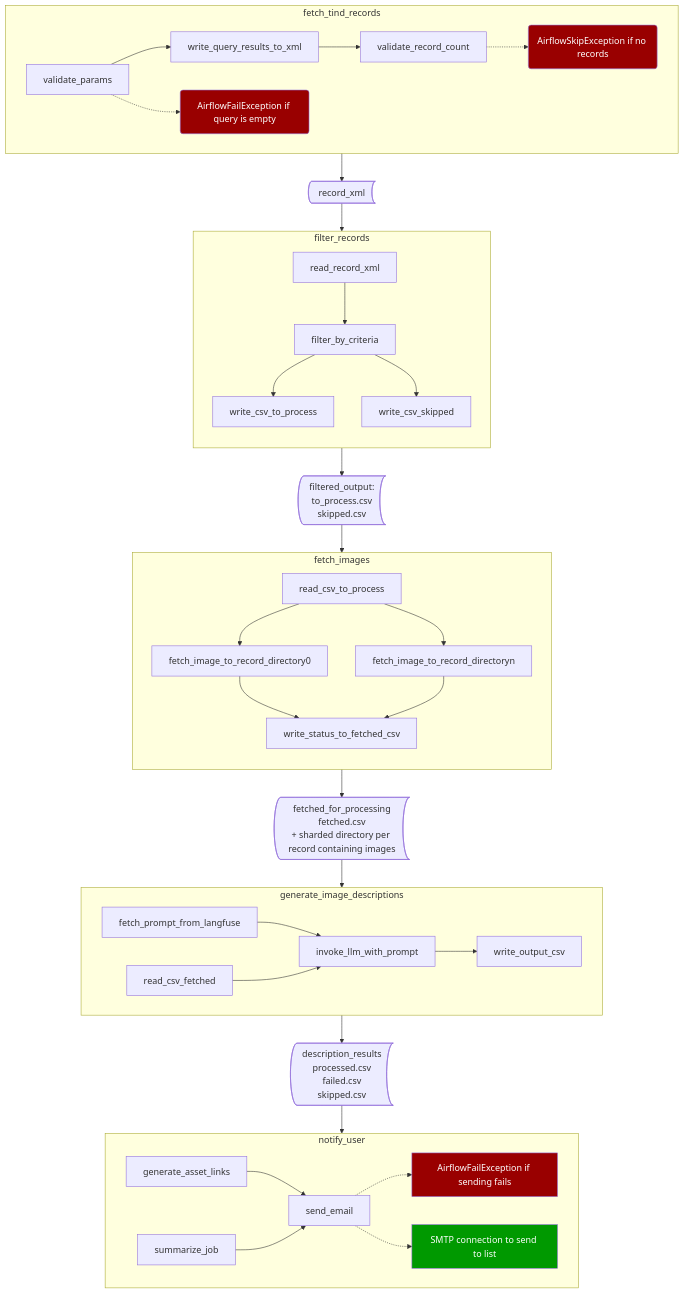
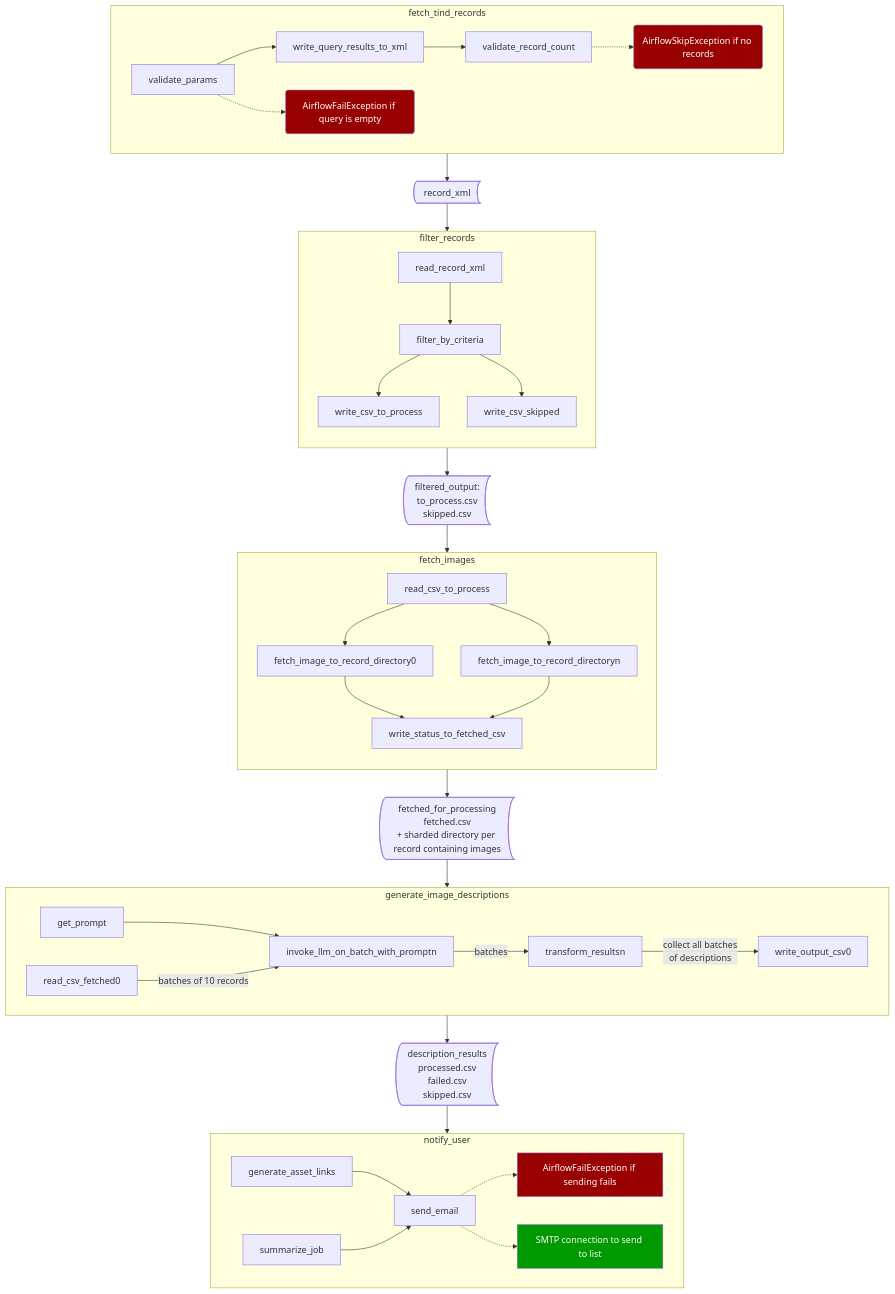
The diagram in dags/batch_image_description.md (BerkeleyLibrary/mokelumne), drawn with Mermaid before and after one commit. The commit also changed 6 other files, not shown here.

````diff
--- a/dags/batch_image_description.md
+++ b/dags/batch_image_description.md
@@ -3,39 +3,40 @@
 ```mermaid
 flowchart TB
 
     subgraph fetch_tind_records
         direction LR
         validate_params-->write_query_results_to_xml-->validate_record_count
         
         validate_params-.->stop0("AirflowFailException if query is empty")
         validate_record_count-.->stop1("AirflowSkipException if no records")
     end
 
 
     subgraph filter_records
         direction TB
         read_record_xml --> filter_by_criteria --> write_csv_to_process & write_csv_skipped
     end
 
 
     subgraph fetch_images
         direction TB
         read_csv_to_process --> fetch_image_to_record_directory0 & fetch_image_to_record_directoryn --> write_status_to_fetched_csv
     end 
 
     subgraph generate_image_descriptions
-        fetch_prompt_from_langfuse & read_csv_fetched --> invoke_llm_with_prompt --> write_output_csv
+        get_prompt --> invoke_llm_on_batch_with_promptn
+        read_csv_fetched0 -->|batches of 10 records| invoke_llm_on_batch_with_promptn -->|batches| transform_resultsn-->|collect all batches\n of descriptions| write_output_csv0
     end
 
     subgraph notify_user
         generate_asset_links & summarize_job --> send_email -.-> stop2["AirflowFailException if sending fails"] & success0["SMTP connection to send to list"]
     end
 
 
     fetch_tind_records --> record_xml@{shape: bow-rect} --> filter_records --> filtered_output@{shape: bow-rect, label: "filtered_output:\n\nto_process.csv\nskipped.csv"} -->fetch_images --> fetched_for_processing@{shape: bow-rect, label: "fetched_for_processing\n\nfetched.csv\n+ sharded directory per record containing images"}-->generate_image_descriptions -->description_results@{shape: bow-rect, label: "description_results\n\nprocessed.csv\nfailed.csv\nskipped.csv"} -->notify_user
 
     classDef stop fill: #900,color:#fff
     classDef success fill: #090,color:#fff
     class stop0,stop1,stop2 stop;
     class success0 success;
 ```
````
